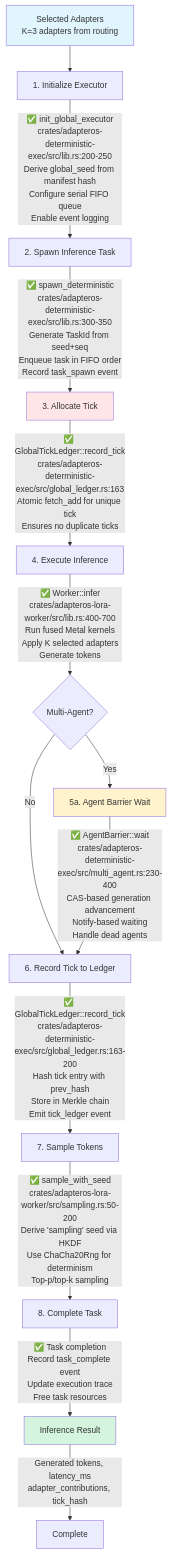
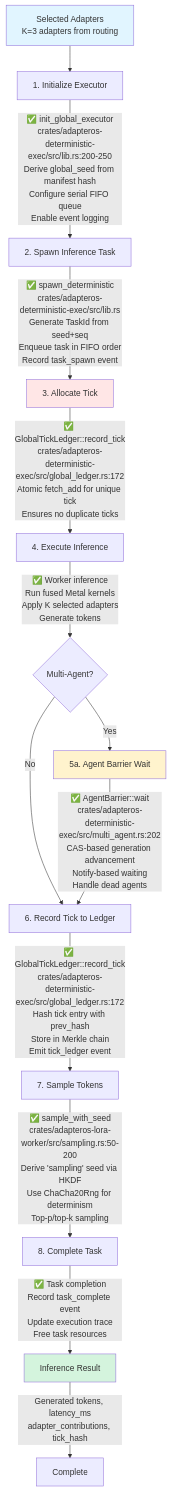
Before and after one commit to rogu3bear/adapter-os: the first of 2 diagrams in docs/flows/run.md, drawn with Mermaid. The commit also changed other lines of this file and 4 other files, not shown here.

First line of the commit message:
docs: Rectify flow documentation with verified line numbers and test names

````diff
--- a/docs/flows/run.md
+++ b/docs/flows/run.md
@@ -13,20 +13,20 @@
 ```mermaid
 flowchart TD
     A[Selected Adapters<br/>K=3 adapters from routing] --> B[1. Initialize Executor]
     B --> |✅ init_global_executor<br/>crates/adapteros-deterministic-exec/src/lib.rs:200-250<br/>Derive global_seed from manifest hash<br/>Configure serial FIFO queue<br/>Enable event logging| C[2. Spawn Inference Task]
-    C --> |✅ spawn_deterministic<br/>crates/adapteros-deterministic-exec/src/lib.rs:300-350<br/>Generate TaskId from seed+seq<br/>Enqueue task in FIFO order<br/>Record task_spawn event| D[3. Allocate Tick]
-    D --> |✅ GlobalTickLedger::record_tick<br/>crates/adapteros-deterministic-exec/src/global_ledger.rs:163<br/>Atomic fetch_add for unique tick<br/>Ensures no duplicate ticks| E[4. Execute Inference]
-    E --> |✅ Worker::infer<br/>crates/adapteros-lora-worker/src/lib.rs:400-700<br/>Run fused Metal kernels<br/>Apply K selected adapters<br/>Generate tokens| F{Multi-Agent?}
+    C --> |✅ spawn_deterministic<br/>crates/adapteros-deterministic-exec/src/lib.rs<br/>Generate TaskId from seed+seq<br/>Enqueue task in FIFO order<br/>Record task_spawn event| D[3. Allocate Tick]
+    D --> |✅ GlobalTickLedger::record_tick<br/>crates/adapteros-deterministic-exec/src/global_ledger.rs:172<br/>Atomic fetch_add for unique tick<br/>Ensures no duplicate ticks| E[4. Execute Inference]
+    E --> |✅ Worker inference<br/>Run fused Metal kernels<br/>Apply K selected adapters<br/>Generate tokens| F{Multi-Agent?}
     F --> |Yes| G[5a. Agent Barrier Wait]
     F --> |No| H[6. Record Tick to Ledger]
-    G --> |✅ AgentBarrier::wait<br/>crates/adapteros-deterministic-exec/src/multi_agent.rs:230-400<br/>CAS-based generation advancement<br/>Notify-based waiting<br/>Handle dead agents| H
-    H --> |✅ GlobalTickLedger::record_tick<br/>crates/adapteros-deterministic-exec/src/global_ledger.rs:163-200<br/>Hash tick entry with prev_hash<br/>Store in Merkle chain<br/>Emit tick_ledger event| I[7. Sample Tokens]
+    G --> |✅ AgentBarrier::wait<br/>crates/adapteros-deterministic-exec/src/multi_agent.rs:202<br/>CAS-based generation advancement<br/>Notify-based waiting<br/>Handle dead agents| H
+    H --> |✅ GlobalTickLedger::record_tick<br/>crates/adapteros-deterministic-exec/src/global_ledger.rs:172<br/>Hash tick entry with prev_hash<br/>Store in Merkle chain<br/>Emit tick_ledger event| I[7. Sample Tokens]
     I --> |✅ sample_with_seed<br/>crates/adapteros-lora-worker/src/sampling.rs:50-200<br/>Derive 'sampling' seed via HKDF<br/>Use ChaCha20Rng for determinism<br/>Top-p/top-k sampling| J[8. Complete Task]
     J --> |✅ Task completion<br/>Record task_complete event<br/>Update execution trace<br/>Free task resources| K[Inference Result]
     K --> |Generated tokens, latency_ms<br/>adapter_contributions, tick_hash| L[Complete]
 
     style A fill:#e1f5ff
     style K fill:#d4f4dd
     style G fill:#fff3cd
     style D fill:#ffe6e6
 ```
````
